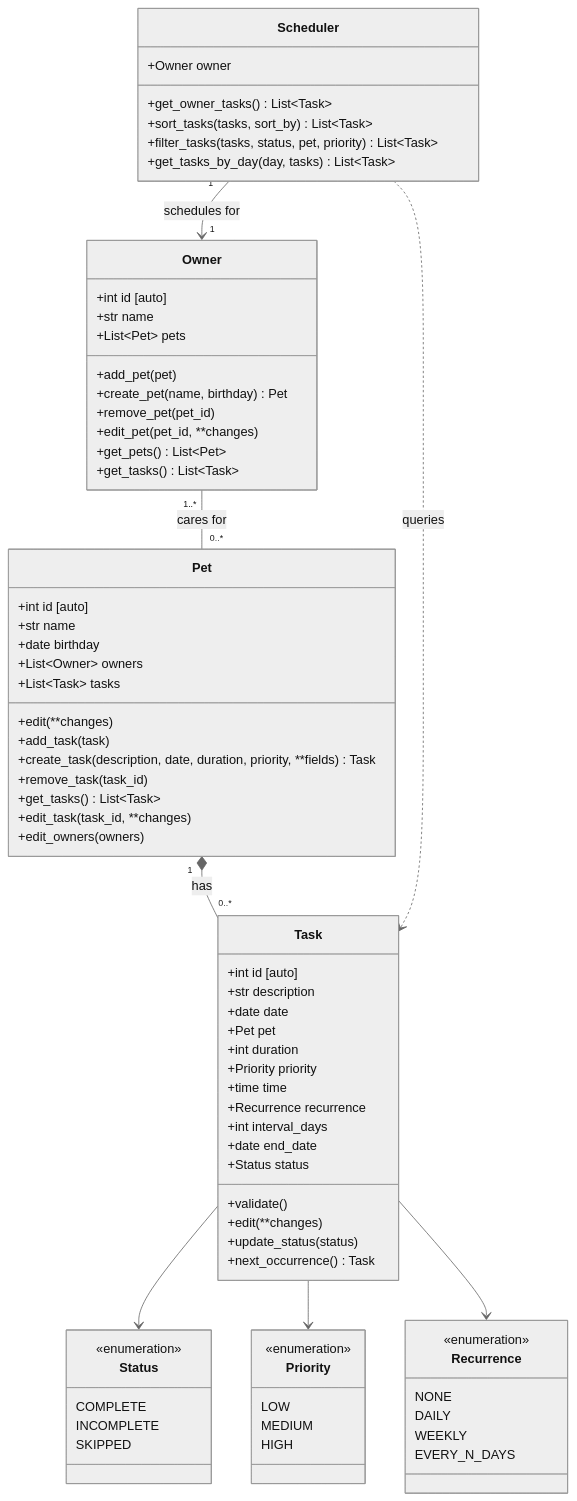
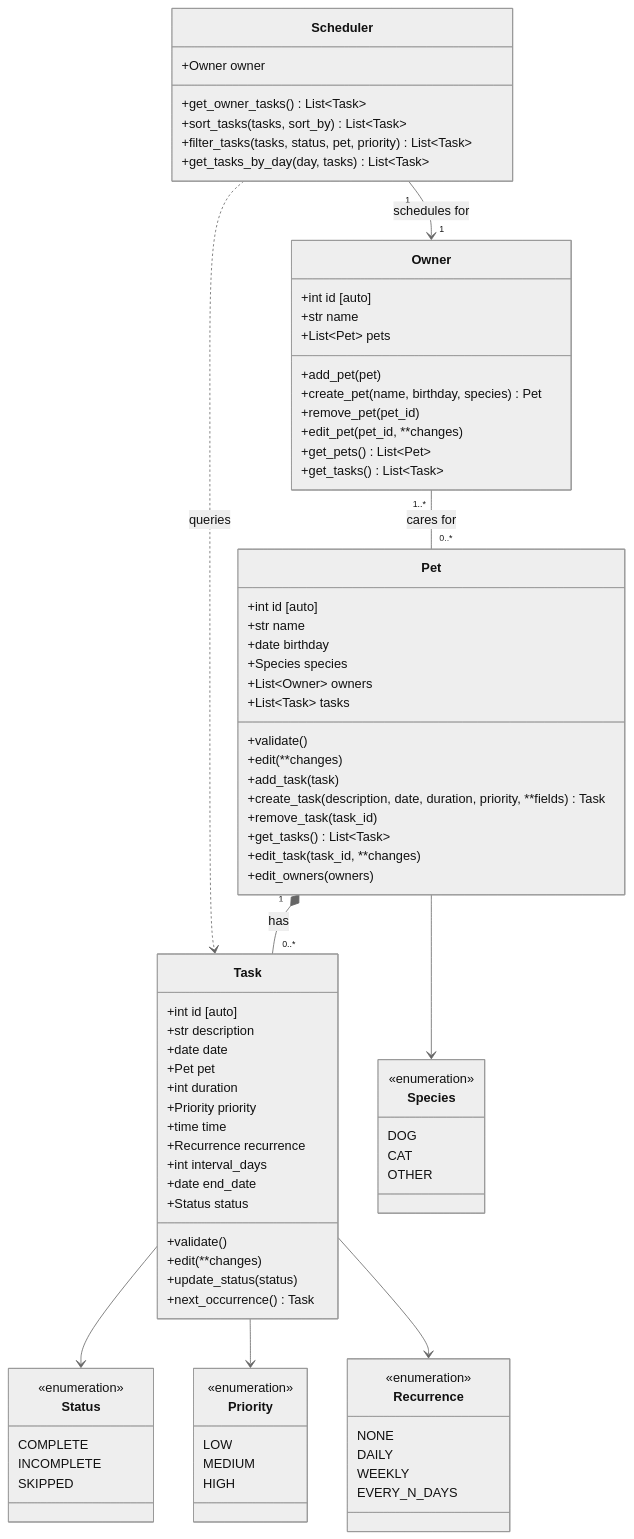
One commit to DerickPalos/ai110-module2show-pawpal-starter changed the diagram in diagrams/uml.mmd. Above: the diagram before and after it, drawn with Mermaid (neutral theme). The commit also changed 5 other files, not shown here.

```diff
--- a/diagrams/uml.mmd
+++ b/diagrams/uml.mmd
@@ -1,83 +1,93 @@
 classDiagram
     class Owner {
         +int id [auto]
         +str name
         +List~Pet~ pets
         +add_pet(pet)
-        +create_pet(name, birthday) Pet
+        +create_pet(name, birthday, species) Pet
         +remove_pet(pet_id)
         +edit_pet(pet_id, **changes)
         +get_pets() List~Pet~
         +get_tasks() List~Task~
     }
 
     class Pet {
         +int id [auto]
         +str name
         +date birthday
+        +Species species
         +List~Owner~ owners
         +List~Task~ tasks
+        +validate()
         +edit(**changes)
         +add_task(task)
         +create_task(description, date, duration, priority, **fields) Task
         +remove_task(task_id)
         +get_tasks() List~Task~
         +edit_task(task_id, **changes)
         +edit_owners(owners)
     }
 
     class Task {
         +int id [auto]
         +str description
         +date date
         +Pet pet
         +int duration
         +Priority priority
         +time time
         +Recurrence recurrence
         +int interval_days
         +date end_date
         +Status status
         +validate()
         +edit(**changes)
         +update_status(status)
         +next_occurrence() Task
     }
 
     class Scheduler {
         +Owner owner
         +get_owner_tasks() List~Task~
         +sort_tasks(tasks, sort_by) List~Task~
         +filter_tasks(tasks, status, pet, priority) List~Task~
         +get_tasks_by_day(day, tasks) List~Task~
     }
 
     class Status {
         <<enumeration>>
         COMPLETE
         INCOMPLETE
         SKIPPED
     }
 
     class Priority {
         <<enumeration>>
         LOW
         MEDIUM
         HIGH
     }
 
+    class Species {
+        <<enumeration>>
+        DOG
+        CAT
+        OTHER
+    }
+
     class Recurrence {
         <<enumeration>>
         NONE
         DAILY
         WEEKLY
         EVERY_N_DAYS
     }
 
     Owner "1..*" -- "0..*" Pet : cares for
     Pet "1" *-- "0..*" Task : has
     Scheduler "1" --> "1" Owner : schedules for
     Scheduler ..> Task : queries
+    Pet --> Species
     Task --> Status
     Task --> Priority
     Task --> Recurrence
```
